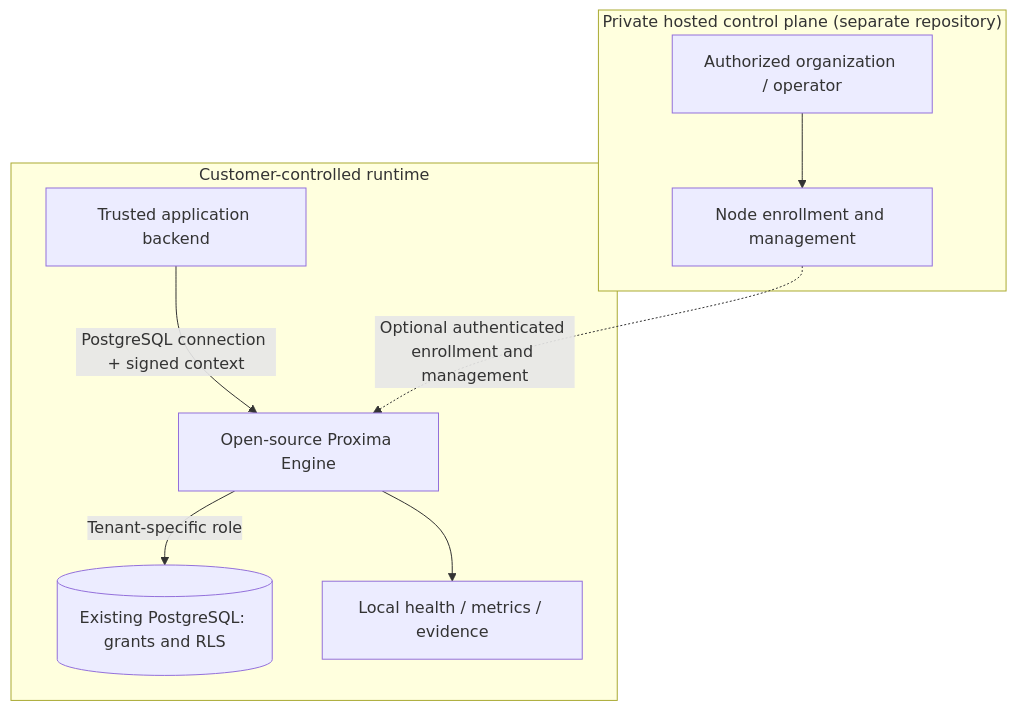
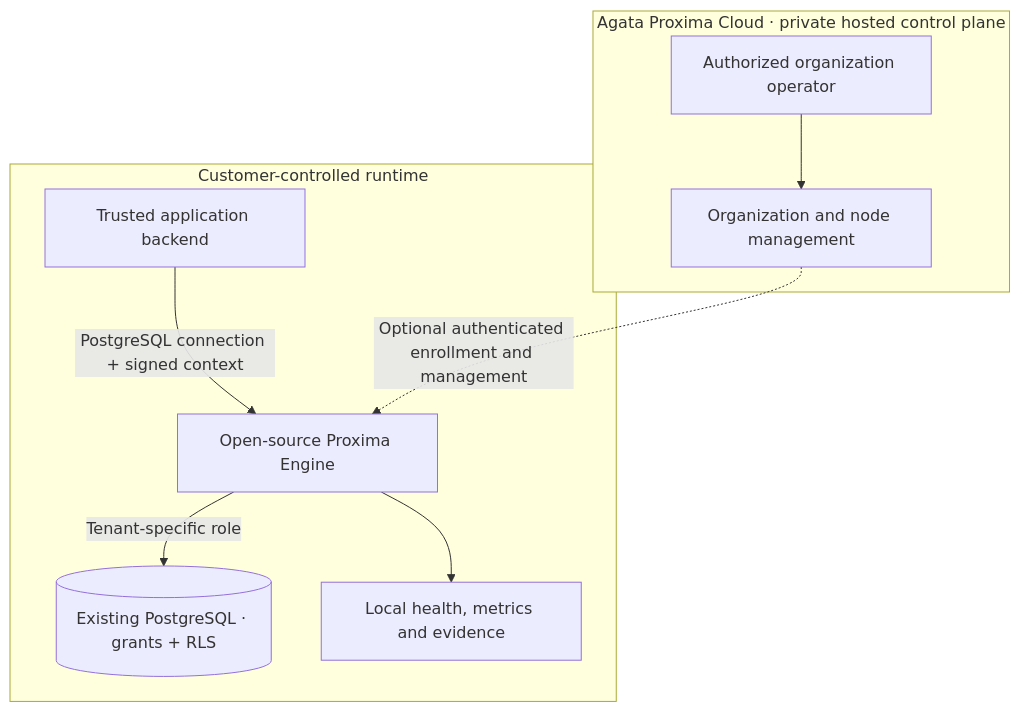
The third of 3 diagrams in docs/ARCHITECTURE.md (Agata-Proxima/proxima-engine), drawn with Mermaid before and after one commit. The commit also changed other lines of this file and 23 other files, not shown here.

````diff
--- a/docs/ARCHITECTURE.md
+++ b/docs/ARCHITECTURE.md
@@ -125,12 +113,12 @@
 ```mermaid
 flowchart TB
-  subgraph Hosted["Private hosted control plane (separate repository)"]
-    Admin["Authorized organization / operator"] --> Cloud["Node enrollment and management"]
+  subgraph Hosted["Agata Proxima Cloud · private hosted control plane"]
+    Admin["Authorized organization operator"] --> Cloud["Organization and node management"]
   end
   subgraph Customer["Customer-controlled runtime"]
     Backend["Trusted application backend"] -->|"PostgreSQL connection + signed context"| Proxy["Open-source Proxima Engine"]
-    Proxy -->|"Tenant-specific role"| PG[("Existing PostgreSQL: grants and RLS")]
-    Proxy --> Health["Local health / metrics / evidence"]
+    Proxy -->|"Tenant-specific role"| PG[("Existing PostgreSQL · grants + RLS")]
+    Proxy --> Ops["Local health, metrics and evidence"]
   end
   Cloud -. "Optional authenticated enrollment and management" .-> Proxy
 ```
````
